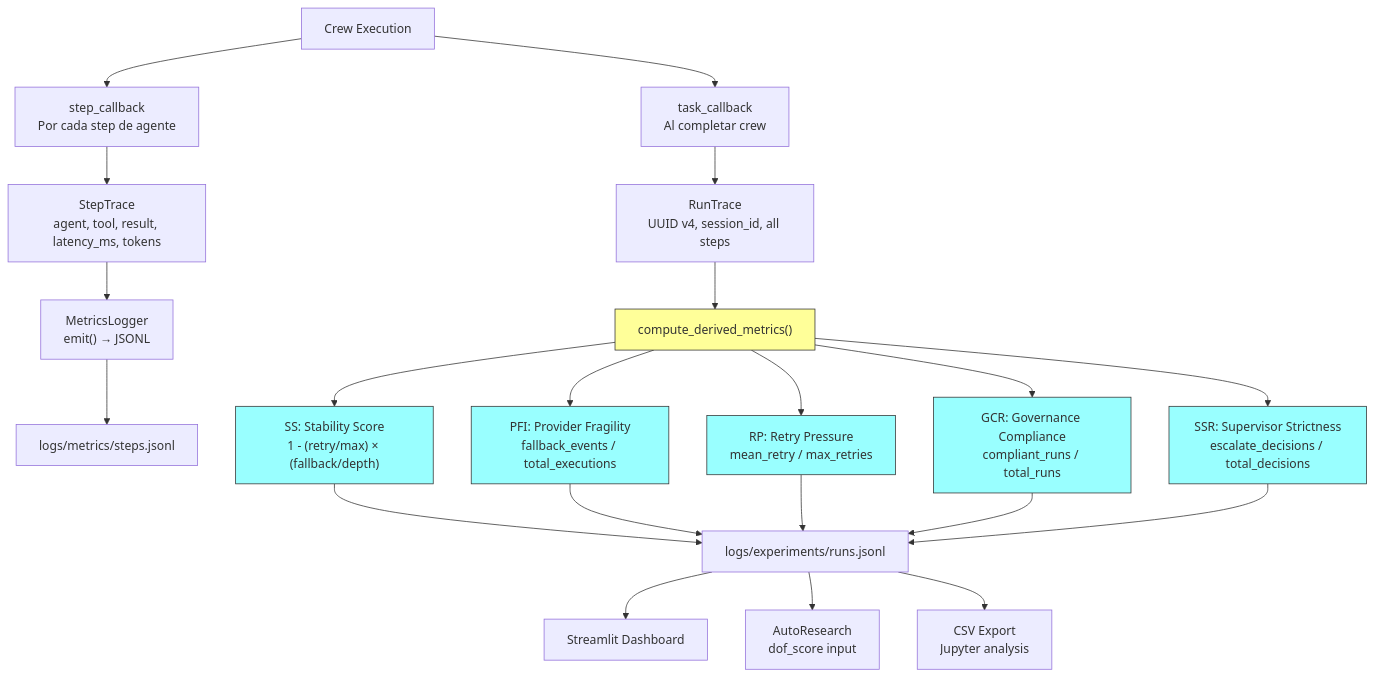
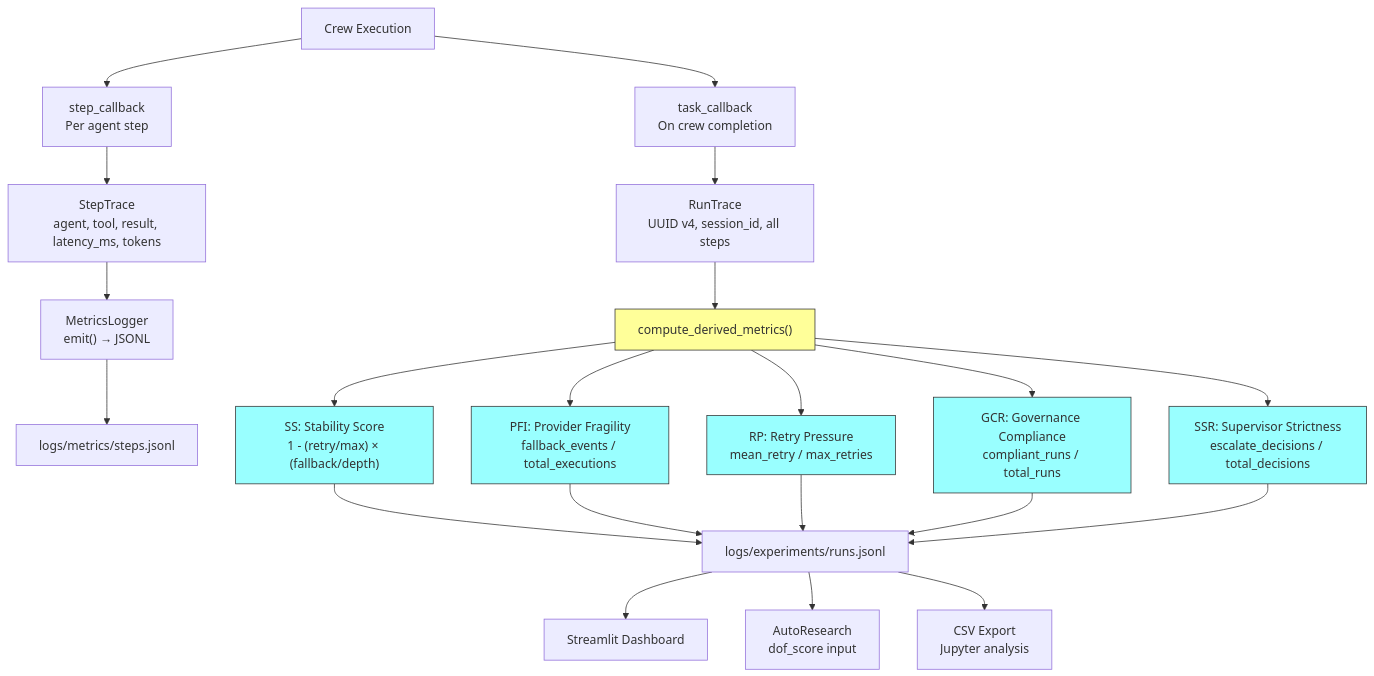
The fifth of 8 diagrams in docs/04_strategy/SYSTEM_REPORT_v0.5.md (Cyberpaisa/DOF-MESH), drawn with Mermaid before and after one commit. The commit also changed other lines of this file and 63 other files, not shown here.

````diff
--- a/docs/04_strategy/SYSTEM_REPORT_v0.5.md
+++ b/docs/04_strategy/SYSTEM_REPORT_v0.5.md
@@ -237,34 +237,34 @@
 ```mermaid
 flowchart TD
-    EXEC["Crew Execution"] --> SC["step_callback<br/>Por cada step de agente"]
+    EXEC["Crew Execution"] --> SC["step_callback<br/>Per agent step"]
     SC --> ST["StepTrace<br/>agent, tool, result, latency_ms, tokens"]
     ST --> ML["MetricsLogger<br/>emit() → JSONL"]
     ML --> JSONL["logs/metrics/steps.jsonl"]
 
-    EXEC --> TC["task_callback<br/>Al completar crew"]
+    EXEC --> TC["task_callback<br/>On crew completion"]
     TC --> RT["RunTrace<br/>UUID v4, session_id, all steps"]
     RT --> CDM["compute_derived_metrics()"]
 
     CDM --> SS["SS: Stability Score<br/>1 - (retry/max) × (fallback/depth)"]
     CDM --> PFI["PFI: Provider Fragility<br/>fallback_events / total_executions"]
     CDM --> RP["RP: Retry Pressure<br/>mean_retry / max_retries"]
     CDM --> GCR["GCR: Governance Compliance<br/>compliant_runs / total_runs"]
     CDM --> SSR["SSR: Supervisor Strictness<br/>escalate_decisions / total_decisions"]
 
     SS --> EXP["logs/experiments/runs.jsonl"]
     PFI --> EXP
     RP --> EXP
     GCR --> EXP
     SSR --> EXP
 
     EXP --> DASH["Streamlit Dashboard"]
     EXP --> AR["AutoResearch<br/>dof_score input"]
     EXP --> CSV["CSV Export<br/>Jupyter analysis"]
 
     style CDM fill:#ff9,stroke:#333
     style SS fill:#9ff,stroke:#333
     style PFI fill:#9ff,stroke:#333
     style RP fill:#9ff,stroke:#333
     style GCR fill:#9ff,stroke:#333
     style SSR fill:#9ff,stroke:#333
 ```
````
